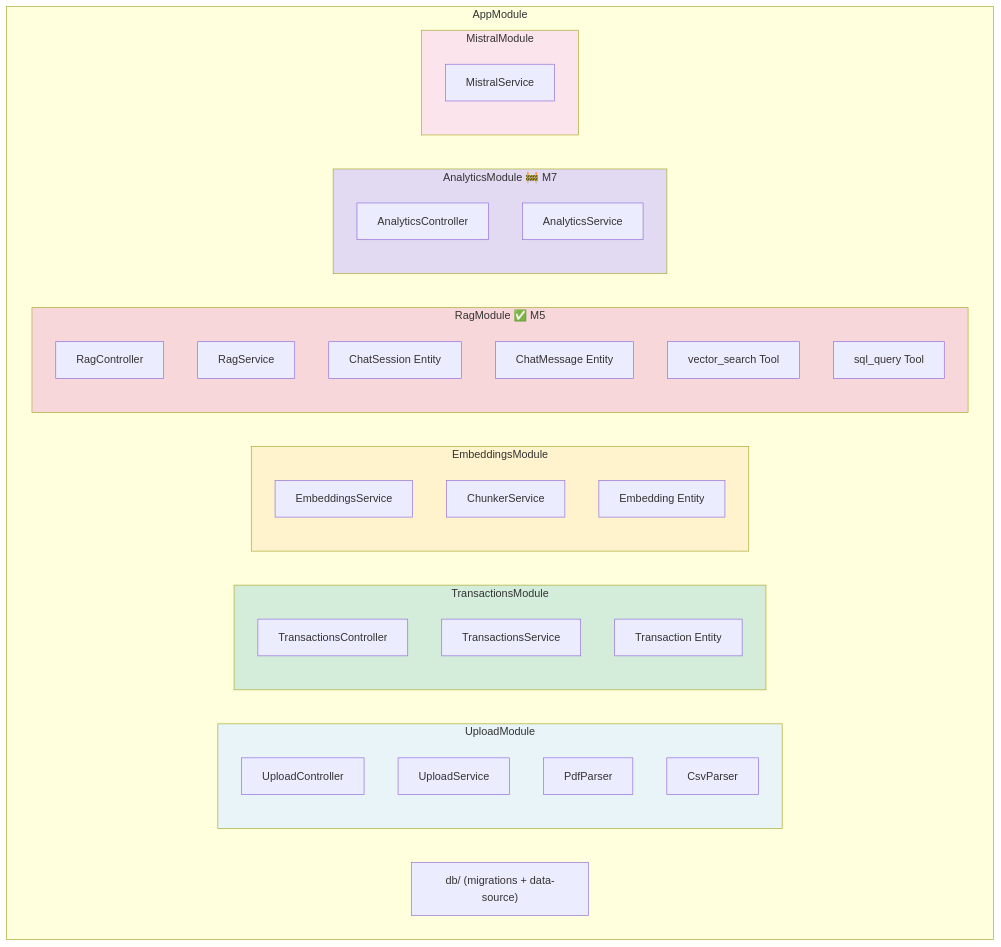
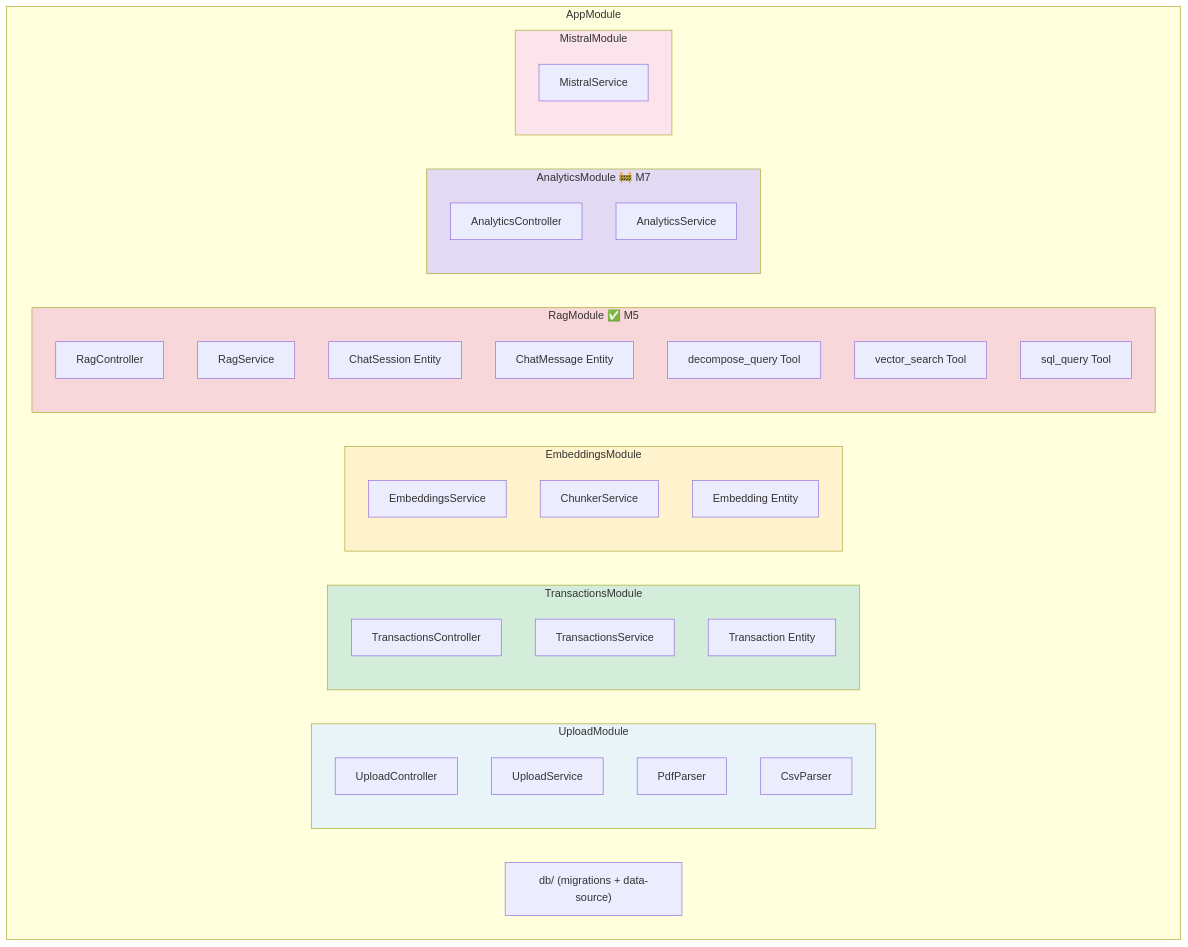
Before and after one commit to darth-dodo/ledger: the fifth of 7 diagrams in docs/architecture.md, drawn with Mermaid. The commit also changed other lines of this file, not shown here.

Commit message:
docs: update architecture.md for decompose_query tool and 7-tool ReAct loop

````diff
--- a/docs/architecture.md
+++ b/docs/architecture.md
@@ -261,50 +291,51 @@
 ```mermaid
 graph TD
     subgraph AppModule
         subgraph UploadModule
             UC2[UploadController]
             US2[UploadService]
             PDF[PdfParser]
             CSV[CsvParser]
         end
 
         subgraph TransactionsModule
             TC2[TransactionsController]
             TS2[TransactionsService]
             TE[Transaction Entity]
         end
 
         subgraph EmbeddingsModule
             ES2[EmbeddingsService]
             CHK[ChunkerService]
             EE[Embedding Entity]
         end
 
         subgraph RagModule ["RagModule ✅ M5"]
             RC2[RagController]
             RS2[RagService]
             CSE[ChatSession Entity]
             CME[ChatMessage Entity]
+            DQT[decompose_query Tool]
             VST[vector_search Tool]
             SQT[sql_query Tool]
         end
 
         subgraph AnalyticsModule ["AnalyticsModule 🚧 M7"]
             AC2[AnalyticsController]
             AS2[AnalyticsService]
         end
 
         subgraph MistralModule
             MS2[MistralService]
         end
 
         DB["db/ (migrations + data-source)"]
     end
 
     style UploadModule fill:#e8f4f8
     style TransactionsModule fill:#d4edda
     style EmbeddingsModule fill:#fff3cd
     style RagModule fill:#f8d7da
     style AnalyticsModule fill:#e2d9f3
     style MistralModule fill:#fce4ec
 ```
````
